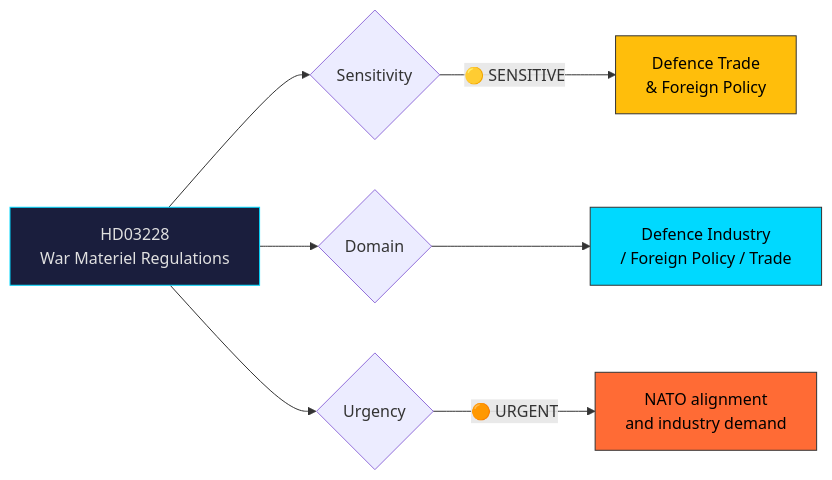
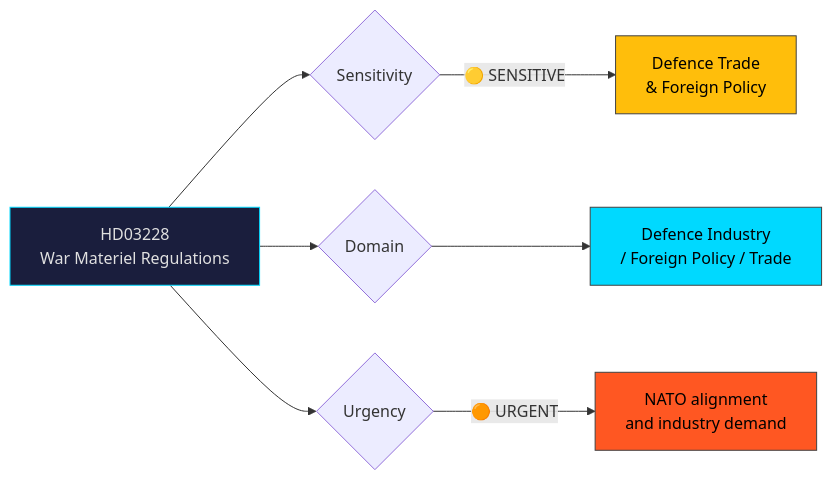
Before and after one commit to Hack23/riksdagsmonitor: the diagram in analysis/daily/2026-04-01/propositions/documents/hd03228-analysis.md, drawn with Mermaid. The commit also changed 785 other files, not shown here.

First line of the commit message:
Normalize mermaid colors across 786 analysis artifacts to ISMS Style Guide palette

````diff
--- a/analysis/daily/2026-04-01/propositions/documents/hd03228-analysis.md
+++ b/analysis/daily/2026-04-01/propositions/documents/hd03228-analysis.md
@@ -27,16 +27,16 @@
 ```mermaid
 graph LR
     A["HD03228<br/>War Materiel Regulations"] --> B{Sensitivity}
     B -->|"🟡 SENSITIVE"| D["Defence Trade<br/>& Foreign Policy"]
     
     A --> G{Domain}
     G --> H["Defence Industry<br/>/ Foreign Policy / Trade"]
     
     A --> I{Urgency}
     I -->|"🟠 URGENT"| K["NATO alignment<br/>and industry demand"]
     
     style A fill:#1a1e3d,stroke:#00d9ff,color:#e0e0e0
-    style D fill:#ffbe0b,stroke:#333,color:#000
-    style H fill:#00d9ff,stroke:#333,color:#000
-    style K fill:#ff6b35,stroke:#333,color:#000
+    style D fill:#ffbe0b,stroke:#424242,color:#000000
+    style H fill:#00d9ff,stroke:#424242,color:#000000
+    style K fill:#FF5722,stroke:#424242,color:#000000
 ```
````
